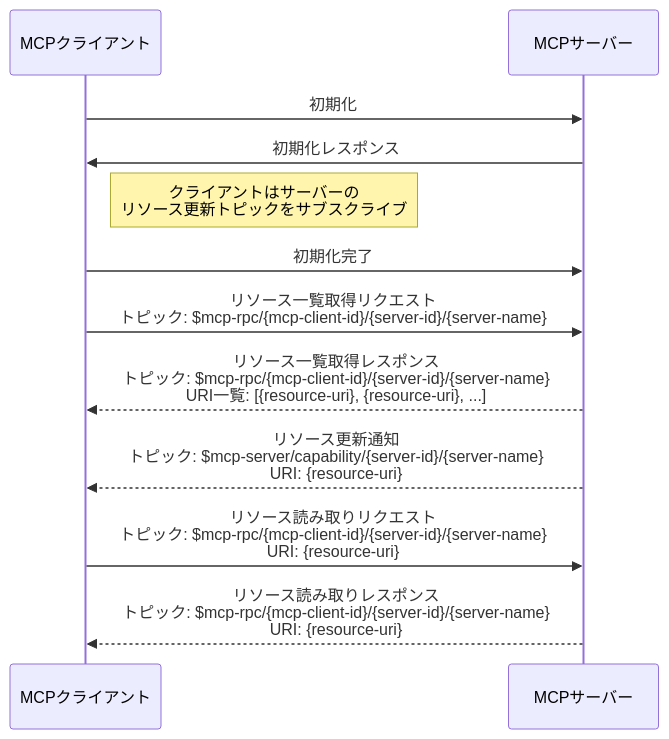
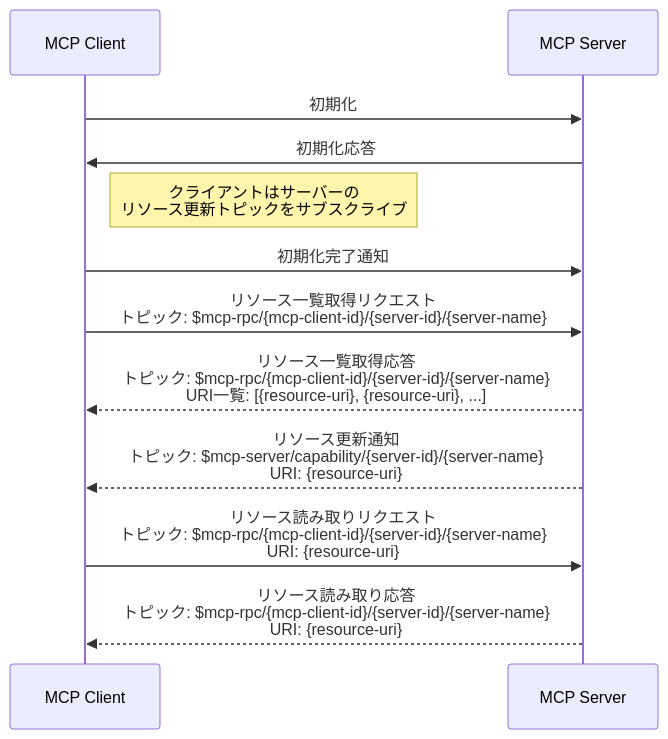
The fourth of 4 diagrams in ja_JP/emqx-ai/mcp-over-mqtt/specification.md (emqx/emqx-docs), drawn with Mermaid before and after one commit. The commit also changed other lines of this file and 340 other files, not shown here.

````diff
--- a/ja_JP/emqx-ai/mcp-over-mqtt/specification.md
+++ b/ja_JP/emqx-ai/mcp-over-mqtt/specification.md
@@ -361,20 +360,20 @@
 ```mermaid
 sequenceDiagram
-    participant MCP_Client as MCPクライアント
-    participant MCP_Server as MCPサーバー
+    participant MCP_Client as MCP Client
+    participant MCP_Server as MCP Server
 
     MCP_Client ->> MCP_Server: 初期化
-    MCP_Server ->> MCP_Client: 初期化レスポンス
+    MCP_Server ->> MCP_Client: 初期化応答
     Note right of MCP_Client: クライアントはサーバーの<br/>リソース更新トピックをサブスクライブ
-    MCP_Client ->> MCP_Server: 初期化完了
+    MCP_Client ->> MCP_Server: 初期化完了通知
 
     MCP_Client ->> MCP_Server: リソース一覧取得リクエスト<br/>トピック: $mcp-rpc/{mcp-client-id}/{server-id}/{server-name}
 
-    MCP_Server -->> MCP_Client: リソース一覧取得レスポンス<br/>トピック: $mcp-rpc/{mcp-client-id}/{server-id}/{server-name}<br/>URI一覧: [{resource-uri}, {resource-uri}, ...]
+    MCP_Server -->> MCP_Client: リソース一覧取得応答<br/>トピック: $mcp-rpc/{mcp-client-id}/{server-id}/{server-name}<br/>URI一覧: [{resource-uri}, {resource-uri}, ...]
 
     MCP_Server -->> MCP_Client: リソース更新通知<br/>トピック: $mcp-server/capability/{server-id}/{server-name}<br/>URI: {resource-uri}
 
     MCP_Client ->> MCP_Server: リソース読み取りリクエスト<br/>トピック: $mcp-rpc/{mcp-client-id}/{server-id}/{server-name}<br/>URI: {resource-uri}
 
-    MCP_Server -->> MCP_Client: リソース読み取りレスポンス<br/>トピック: $mcp-rpc/{mcp-client-id}/{server-id}/{server-name}<br/>URI: {resource-uri}
+    MCP_Server -->> MCP_Client: リソース読み取り応答<br/>トピック: $mcp-rpc/{mcp-client-id}/{server-id}/{server-name}<br/>URI: {resource-uri}
 ```
````
